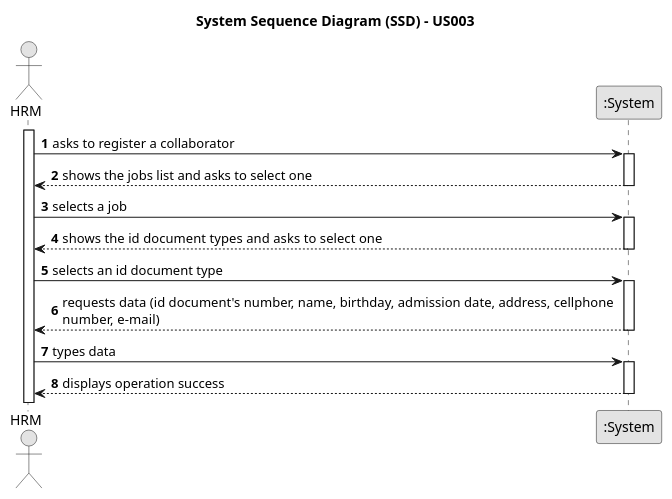
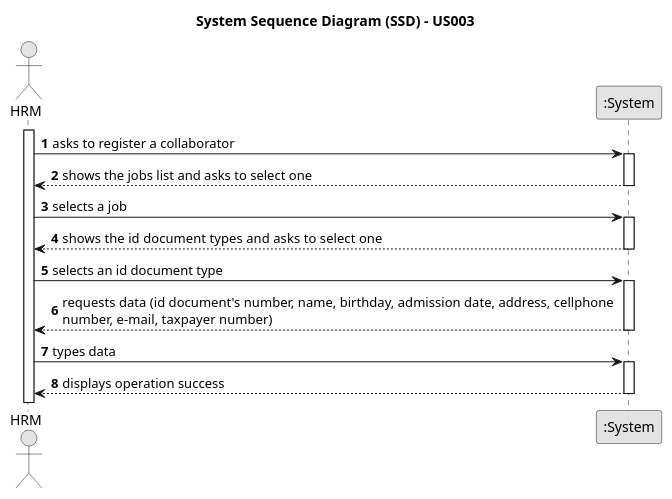
One commit to Departamento-de-Engenharia-Informatica/lei-24-s2-1do-g164 changed the diagram in docs/sprintB/us003/01.requirements-engineering/puml/us003-system-sequence-diagram.puml. Above: the diagram before and after it, drawn with PlantUML. The commit also changed 12 other files, not shown here.

```diff
--- a/docs/sprintB/us003/01.requirements-engineering/puml/us003-system-sequence-diagram.puml
+++ b/docs/sprintB/us003/01.requirements-engineering/puml/us003-system-sequence-diagram.puml
@@ -1,41 +1,41 @@
 @startuml
 skinparam monochrome true
 skinparam packageStyle rectangle
 skinparam shadowing false
 
 title System Sequence Diagram (SSD) - US003
 
 autonumber
 
 actor "HRM" as Employee
 participant ":System" as System
 
 activate Employee
 
     Employee -> System : asks to register a collaborator
     activate System
 
         System --> Employee : shows the jobs list and asks to select one
     deactivate System
 
     Employee -> System : selects a job
     activate System
 
 System --> Employee : shows the  id document types and asks to select one
     deactivate System
 
     Employee -> System : selects an id document type
         activate System
 
-    System --> Employee : requests data (id document's number, name, birthday, admission date, address, cellphone \nnumber, e-mail)
+    System --> Employee : requests data (id document's number, name, birthday, admission date, address, cellphone \nnumber, e-mail, taxpayer number)
     deactivate System
 
     Employee -> System : types data
     activate System
 
 
 
     System --> Employee : displays operation success
     deactivate System
 
 @enduml
```
